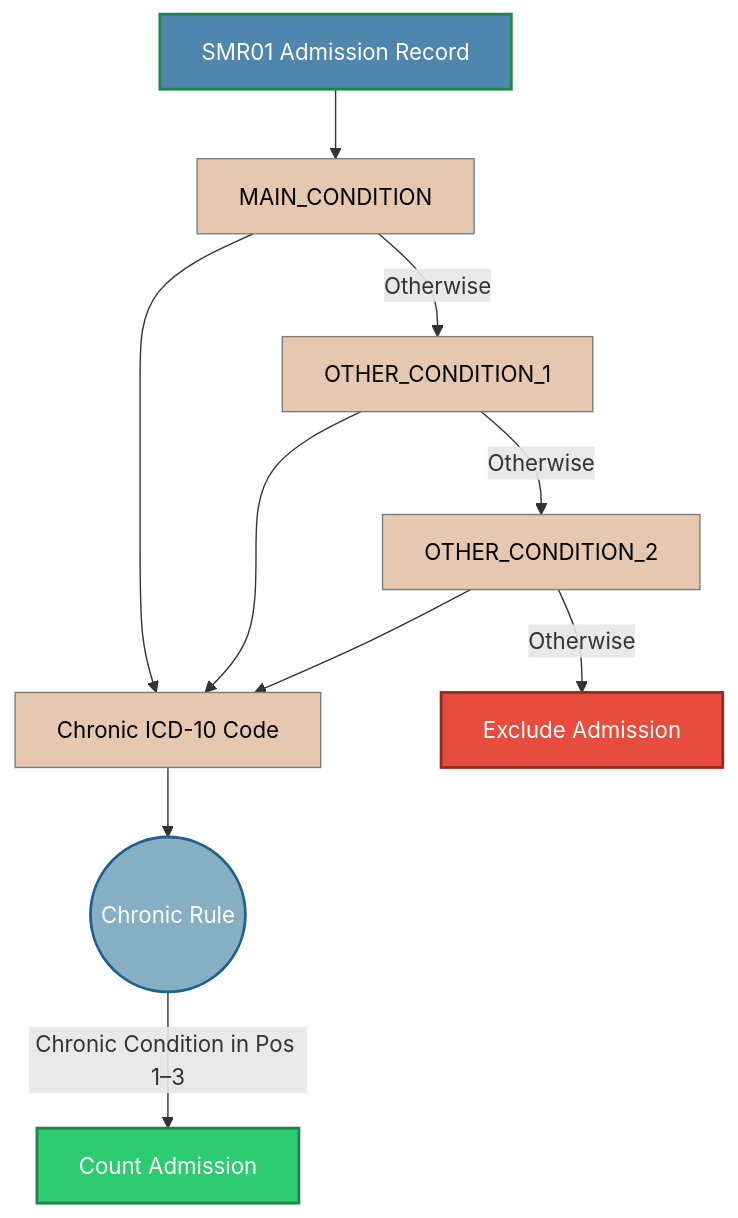
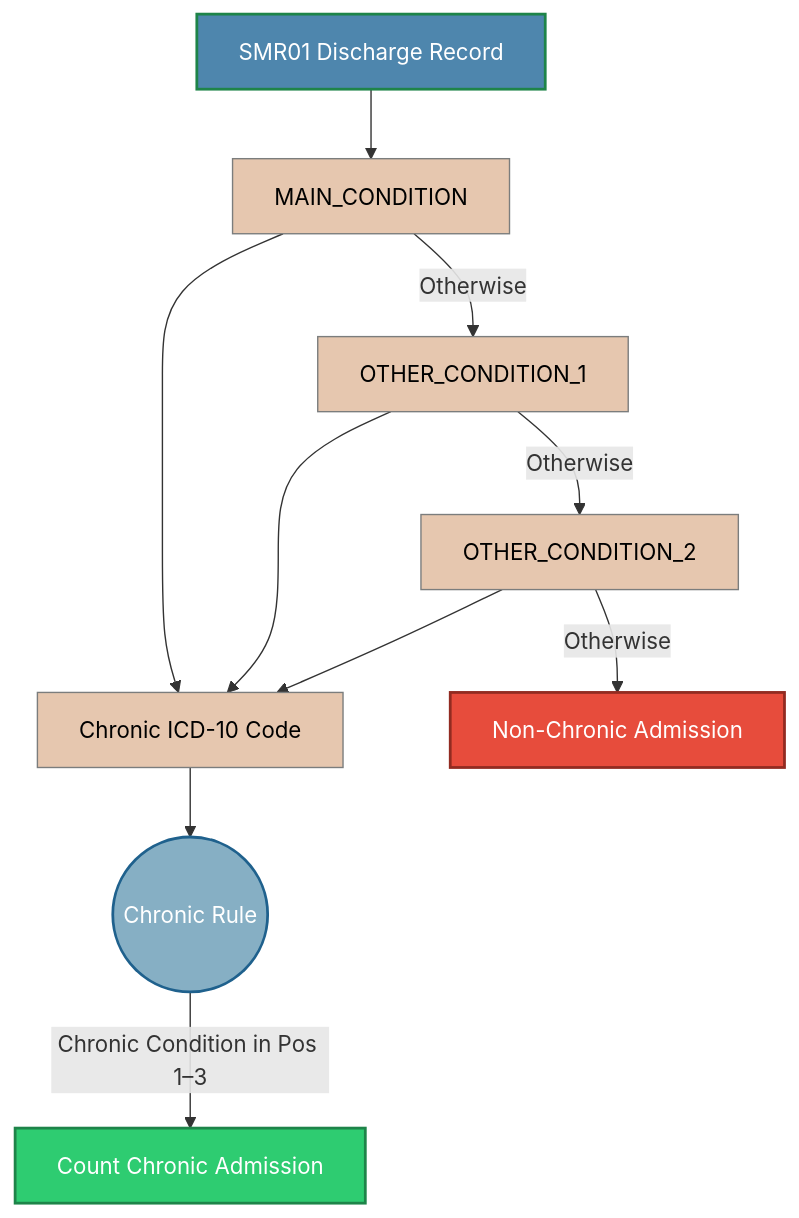
The second of 3 diagrams in arI_category.md (HomesHeatAndHealthyKids/DataLochAnalysis), drawn with Mermaid before and after one commit. The commit also changed other lines of this file, not shown here.

Commit message:
Changed Exclude Admissions to Non-ARI, Non-Chronic admissions

````diff
--- a/arI_category.md
+++ b/arI_category.md
@@ -123,67 +123,67 @@
 ```mermaid
 flowchart TB
 
     %% =========================
     %% Observed Variables
     %% =========================
-    SMR_rec[SMR01 Admission Record]
+    SMR_rec[SMR01 Discharge Record]
     Diag_pos_1[MAIN_CONDITION]
     Diag_pos_2[OTHER_CONDITION_1]
     Diag_pos_3[OTHER_CONDITION_2]
     ICD10_Chronic[Chronic ICD-10 Code]
 
     %% =========================
     %% Rule Nodes (Deterministic)
     %% =========================
     R_Chronic((Chronic Rule))
     
     %% =========================
     %% Outcomes
     %% =========================
-    Y[Count Admission]
-    N[Exclude Admission]
+    Y[Count Chronic Admission]
+    N[Non-Chronic Admission]
 
     %% =========================
     %% Causal Structure
     %% =========================
 
     SMR_rec --> Diag_pos_1
 
     %% Asthma override pathway
     Diag_pos_1 --> ICD10_Chronic
 
 
  
     %% Not First position
     Diag_pos_1 --> |Otherwise| Diag_pos_2
     Diag_pos_2 --> |Otherwise| Diag_pos_3
     Diag_pos_3 --> |Otherwise| N
 
 
     %% General Chronic pathway
     ICD10_Chronic --> R_Chronic
     Diag_pos_2 --> ICD10_Chronic
     Diag_pos_3 --> ICD10_Chronic
 
 
    
 
     %% General rule applies only if not Asthma
     R_Chronic -->|Chronic Condition in Pos 1–3| Y
    
 
     %% =========================
     %% Styling
     %% =========================
     classDef record fill:#4E86AD,color:#ffffff,stroke:#1e8449,stroke-width:2px;
     classDef include fill:#2ecc71,color:#ffffff,stroke:#1e8449,stroke-width:2px;
     classDef exclude fill:#e74c3c,color:#ffffff,stroke:#922b21,stroke-width:2px;
     classDef rule fill:#86AFC4,color:#ffffff,stroke:#1f618d,stroke-width:2px;
     classDef data fill:#E6C7AF,color:#000000,stroke:#7b7d7d,stroke-width:1px;
 
     class Y include
     class N exclude
     class R_Chronic rule
     class ICD10_Chronic,Diag_pos_1,Diag_pos_2,Diag_pos_3,ICD10_asthma data
     class SMR_rec record
 ```
````
